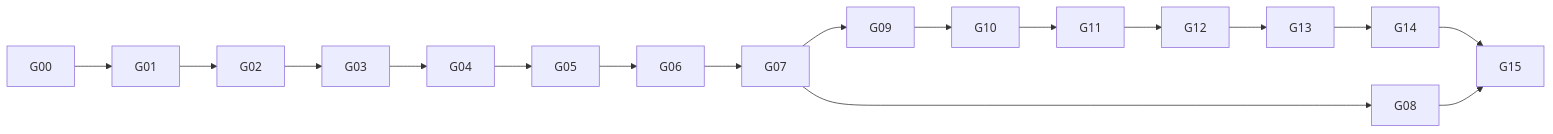
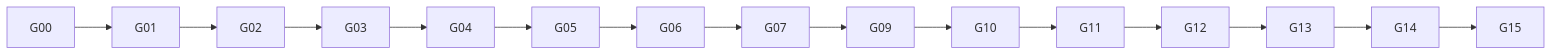
Before and after one commit to Summer-DeZ/LLMGateway: the diagram in nexttodo/implementation-tasks.md, drawn with Mermaid. The commit also changed other lines of this file and 8 other files, not shown here.

````diff
--- a/nexttodo/implementation-tasks.md
+++ b/nexttodo/implementation-tasks.md
@@ -8,7 +8,5 @@
 ```mermaid
 flowchart LR
     G00 --> G01 --> G02 --> G03 --> G04 --> G05 --> G06 --> G07
-    G07 --> G08
     G07 --> G09 --> G10 --> G11 --> G12 --> G13 --> G14 --> G15
-    G08 --> G15
 ```
````
